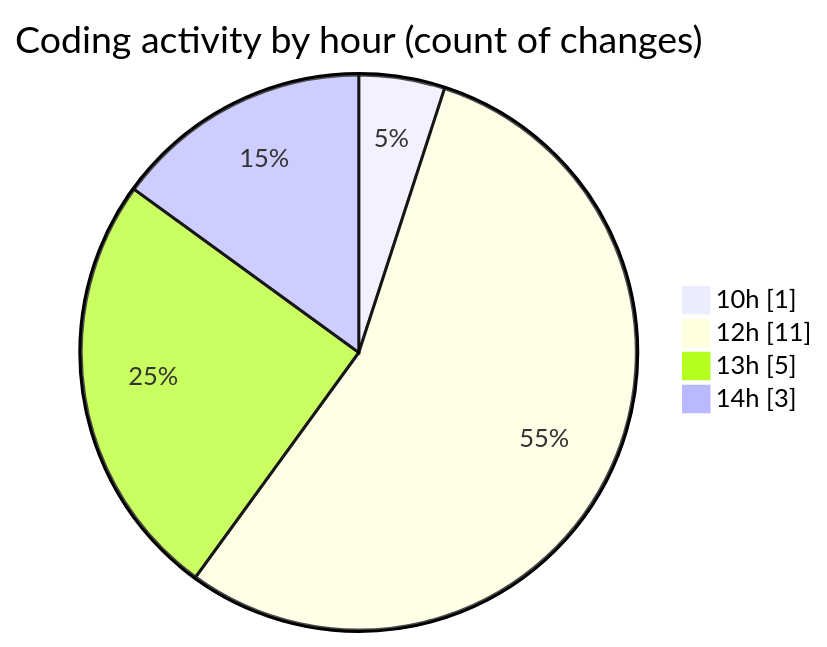
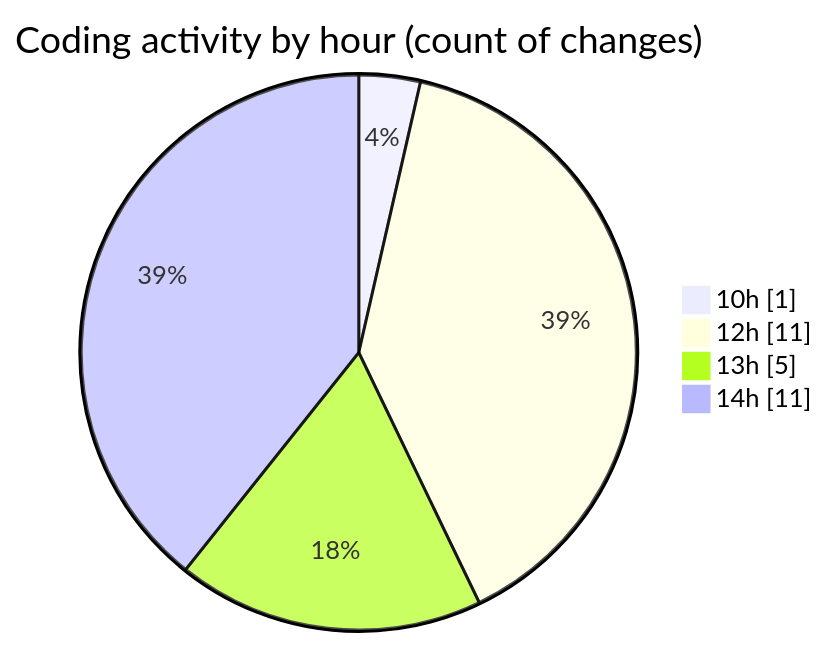
The second of 2 diagrams in 2026-01-12/nxtqube_webapp/README.md (nxtqubesakshisongat/code-tracking), drawn with Mermaid before and after one commit. The commit also changed other lines of this file and 1 other file, not shown here.

````diff
--- a/2026-01-12/nxtqube_webapp/README.md
+++ b/2026-01-12/nxtqube_webapp/README.md
@@ -32,8 +32,8 @@
 ```mermaid
 pie showData
 title Coding activity by hour (count of changes)
 "10h" : 1
 "12h" : 11
 "13h" : 5
-"14h" : 3
+"14h" : 11
 ```
````
